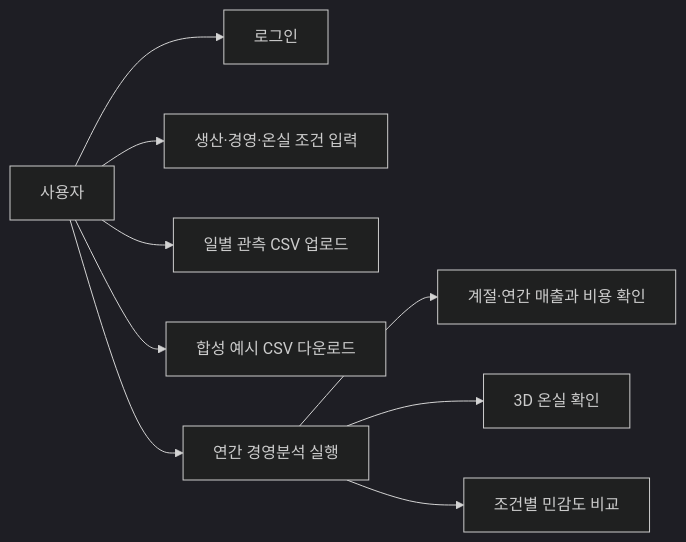
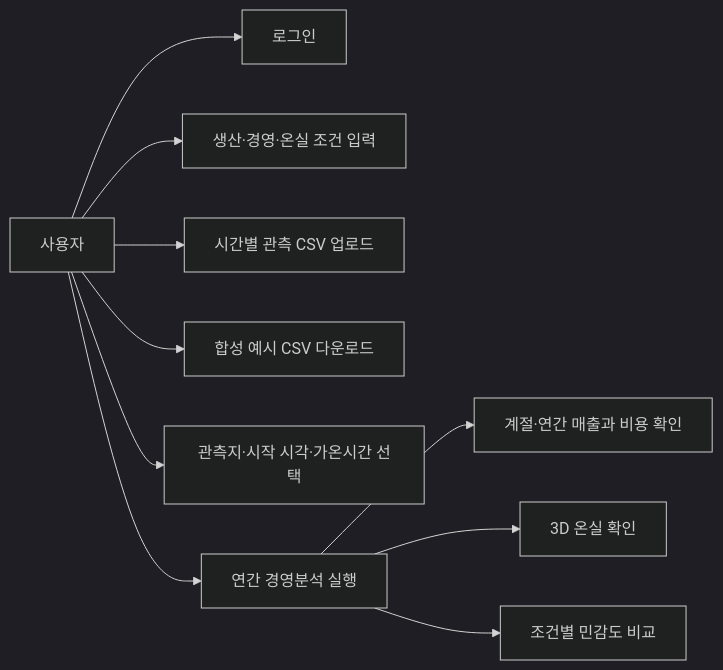
The first of 5 diagrams in releases/v0.5/docs/APP_BLUEPRINT.md (kuk-jong/fig-heating-decision-app), drawn with Mermaid (dark theme) before and after one commit. The commit also changed other lines of this file and 19 other files, not shown here.

````diff
--- a/releases/v0.5/docs/APP_BLUEPRINT.md
+++ b/releases/v0.5/docs/APP_BLUEPRINT.md
@@ -45,11 +47,12 @@
 ```mermaid
 flowchart LR
     user["사용자"] --> login["로그인"]
     user --> inputFarm["생산·경영·온실 조건 입력"]
-    user --> uploadCsv["일별 관측 CSV 업로드"]
+    user --> uploadCsv["시간별 관측 CSV 업로드"]
     user --> sample["합성 예시 CSV 다운로드"]
+    user --> schedule["관측지·시작 시각·가온시간 선택"]
     user --> analyze["연간 경영분석 실행"]
     analyze --> income["계절·연간 매출과 비용 확인"]
     analyze --> view["3D 온실 확인"]
     analyze --> sensitivity["조건별 민감도 비교"]
 ```
````
